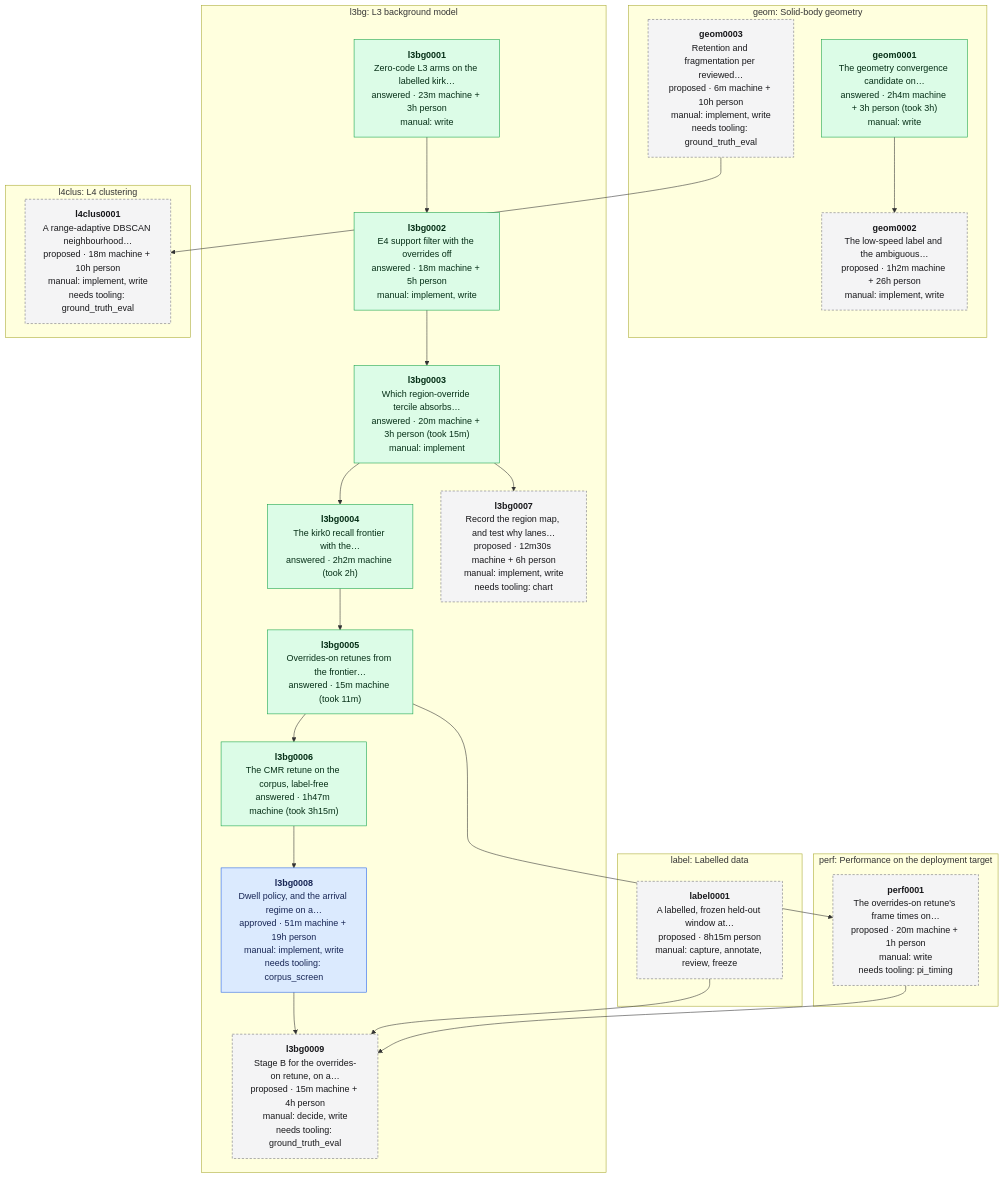
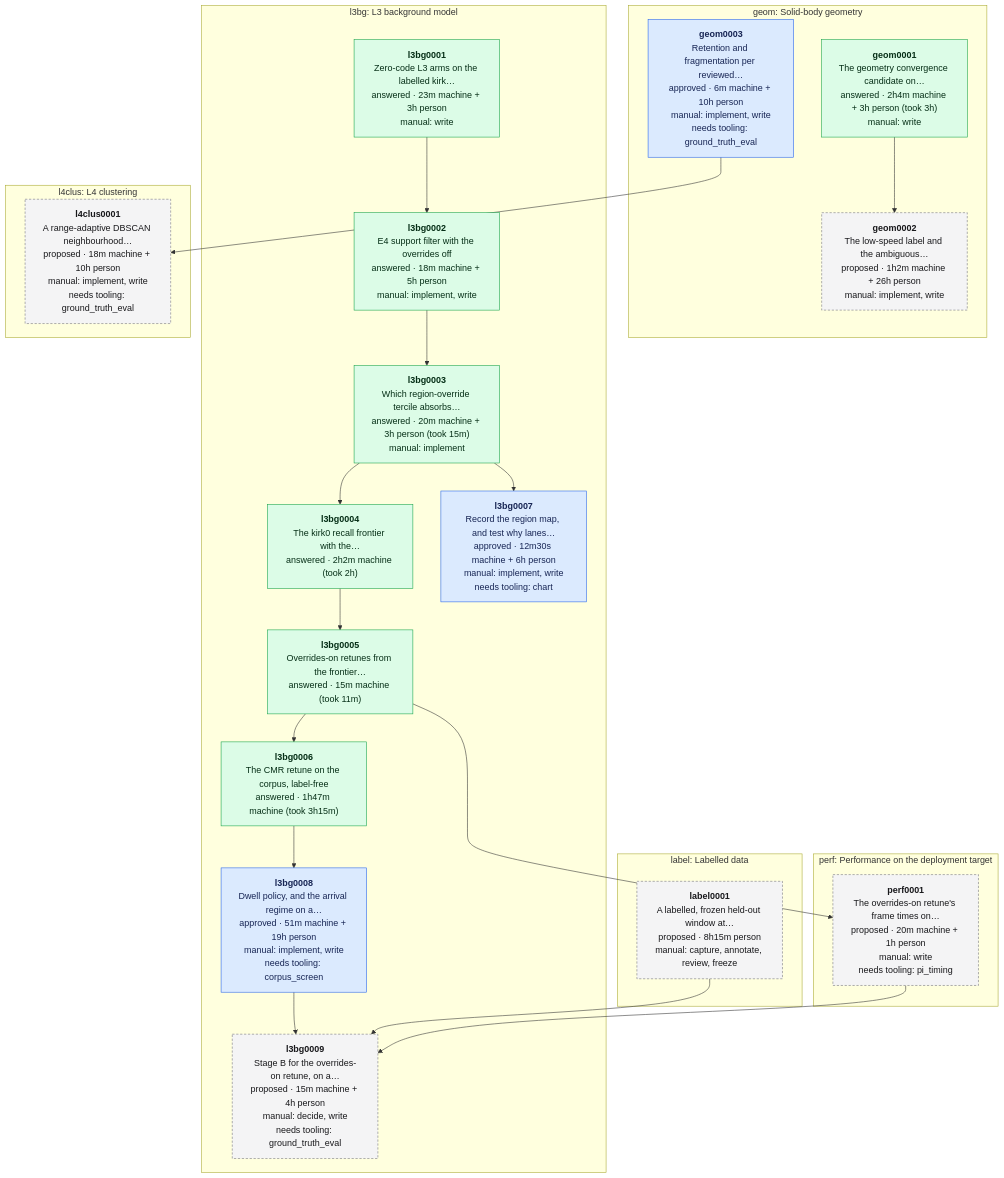
The diagram in data/experiments/DEPENDENCIES.md (banshee-data/velocity.report), drawn with Mermaid before and after one commit. The commit also changed other lines of this file and 3 other files, not shown here.

````diff
--- a/data/experiments/DEPENDENCIES.md
+++ b/data/experiments/DEPENDENCIES.md
@@ -7,45 +7,45 @@
 ```mermaid
 flowchart TB
   classDef proposed fill:#f4f4f5,stroke:#71717a,stroke-dasharray:4 3,color:#18181b
   classDef approved fill:#dbeafe,stroke:#2563eb,color:#172554
   classDef answered fill:#dcfce7,stroke:#16a34a,color:#052e16
   classDef retired fill:#fafafa,stroke:#d4d4d8,color:#71717a
   subgraph area_geom ["geom: Solid-body geometry"]
     geom0001["<b>geom0001</b><br/>The geometry convergence candidate on…<br/>answered · 2h4m machine + 3h person (took 3h)<br/>manual: write"]:::answered
     geom0002["<b>geom0002</b><br/>The low-speed label and the ambiguous…<br/>proposed · 1h2m machine + 26h person<br/>manual: implement, write"]:::proposed
-    geom0003["<b>geom0003</b><br/>Retention and fragmentation per reviewed…<br/>proposed · 6m machine + 10h person<br/>manual: implement, write<br/>needs tooling: ground_truth_eval"]:::proposed
+    geom0003["<b>geom0003</b><br/>Retention and fragmentation per reviewed…<br/>approved · 6m machine + 10h person<br/>manual: implement, write<br/>needs tooling: ground_truth_eval"]:::approved
   end
   subgraph area_l3bg ["l3bg: L3 background model"]
     l3bg0001["<b>l3bg0001</b><br/>Zero-code L3 arms on the labelled kirk…<br/>answered · 23m machine + 3h person<br/>manual: write"]:::answered
     l3bg0002["<b>l3bg0002</b><br/>E4 support filter with the overrides off<br/>answered · 18m machine + 5h person<br/>manual: implement, write"]:::answered
     l3bg0003["<b>l3bg0003</b><br/>Which region-override tercile absorbs…<br/>answered · 20m machine + 3h person (took 15m)<br/>manual: implement"]:::answered
     l3bg0004["<b>l3bg0004</b><br/>The kirk0 recall frontier with the…<br/>answered · 2h2m machine (took 2h)"]:::answered
     l3bg0005["<b>l3bg0005</b><br/>Overrides-on retunes from the frontier…<br/>answered · 15m machine (took 11m)"]:::answered
     l3bg0006["<b>l3bg0006</b><br/>The CMR retune on the corpus, label-free<br/>answered · 1h47m machine (took 3h15m)"]:::answered
-    l3bg0007["<b>l3bg0007</b><br/>Record the region map, and test why lanes…<br/>proposed · 12m30s machine + 6h person<br/>manual: implement, write<br/>needs tooling: chart"]:::proposed
+    l3bg0007["<b>l3bg0007</b><br/>Record the region map, and test why lanes…<br/>approved · 12m30s machine + 6h person<br/>manual: implement, write<br/>needs tooling: chart"]:::approved
     l3bg0008["<b>l3bg0008</b><br/>Dwell policy, and the arrival regime on a…<br/>approved · 51m machine + 19h person<br/>manual: implement, write<br/>needs tooling: corpus_screen"]:::approved
     l3bg0009["<b>l3bg0009</b><br/>Stage B for the overrides-on retune, on a…<br/>proposed · 15m machine + 4h person<br/>manual: decide, write<br/>needs tooling: ground_truth_eval"]:::proposed
   end
   subgraph area_l4clus ["l4clus: L4 clustering"]
     l4clus0001["<b>l4clus0001</b><br/>A range-adaptive DBSCAN neighbourhood…<br/>proposed · 18m machine + 10h person<br/>manual: implement, write<br/>needs tooling: ground_truth_eval"]:::proposed
   end
   subgraph area_label ["label: Labelled data"]
     label0001["<b>label0001</b><br/>A labelled, frozen held-out window at…<br/>proposed · 8h15m person<br/>manual: capture, annotate, review, freeze"]:::proposed
   end
   subgraph area_perf ["perf: Performance on the deployment target"]
     perf0001["<b>perf0001</b><br/>The overrides-on retune's frame times on…<br/>proposed · 20m machine + 1h person<br/>manual: write<br/>needs tooling: pi_timing"]:::proposed
   end
   geom0001 --> geom0002
   l3bg0001 --> l3bg0002
   l3bg0002 --> l3bg0003
   l3bg0003 --> l3bg0004
   l3bg0004 --> l3bg0005
   l3bg0005 --> l3bg0006
   l3bg0003 --> l3bg0007
   l3bg0006 --> l3bg0008
   l3bg0008 --> l3bg0009
   label0001 --> l3bg0009
   perf0001 --> l3bg0009
   geom0003 --> l4clus0001
   l3bg0005 --> perf0001
 ```
````
